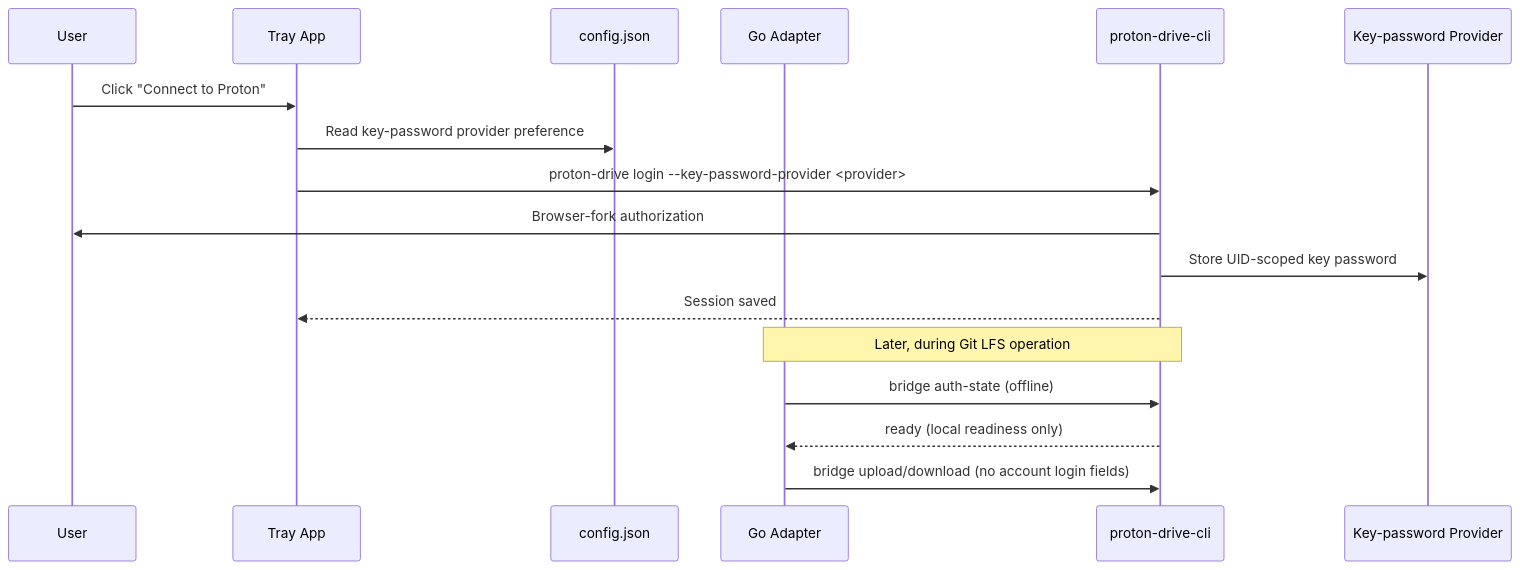
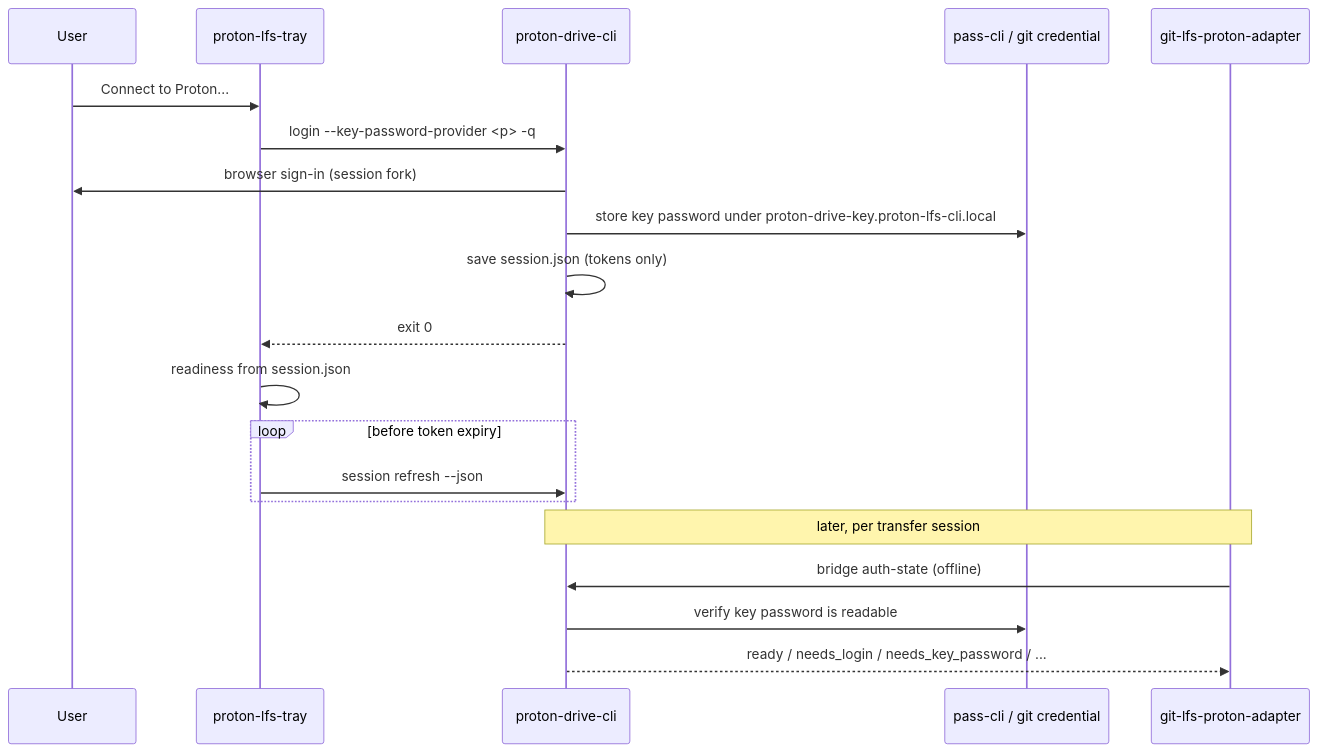
Before and after one commit to SevenOfNine-labs/proton-lfs-cli: the third of 5 diagrams in docs/architecture/architecture.md, drawn with Mermaid. The commit also changed other lines of this file and 116 other files, not shown here.

````diff
--- a/docs/architecture/architecture.md
+++ b/docs/architecture/architecture.md
@@ -282,22 +124,25 @@
 ```mermaid
 sequenceDiagram
     participant User
-    participant Tray as Tray App
-    participant Config as config.json
-    participant Adapter as Go Adapter
-    participant DriveCLI as proton-drive-cli
-    participant Provider as Key-password Provider
+    participant Tray as proton-lfs-tray
+    participant CLI as proton-drive-cli
+    participant Provider as pass-cli / git credential
+    participant Adapter as git-lfs-proton-adapter
 
-    User->>Tray: Click "Connect to Proton"
-    Tray->>Config: Read key-password provider preference
-    Tray->>DriveCLI: proton-drive login --key-password-provider <provider>
-    DriveCLI->>User: Browser-fork authorization
-    DriveCLI->>Provider: Store UID-scoped key password
-    DriveCLI-->>Tray: Session saved
+    User->>Tray: Connect to Proton...
+    Tray->>CLI: login --key-password-provider <p> -q
+    CLI->>User: browser sign-in (session fork)
+    CLI->>Provider: store key password under proton-drive-key.proton-lfs-cli.local
+    CLI->>CLI: save session.json (tokens only)
+    CLI-->>Tray: exit 0
+    Tray->>Tray: readiness from session.json
 
-    Note over Adapter,DriveCLI: Later, during Git LFS operation
-    Adapter->>DriveCLI: bridge auth-state (offline)
-    DriveCLI-->>Adapter: ready (local readiness only)
-    Adapter->>DriveCLI: bridge upload/download (no account login fields)
+    loop before token expiry
+        Tray->>CLI: session refresh --json
+    end
 
+    Note over Adapter,CLI: later, per transfer session
+    Adapter->>CLI: bridge auth-state (offline)
+    CLI->>Provider: verify key password is readable
+    CLI-->>Adapter: ready / needs_login / needs_key_password / ...
 ```
````
